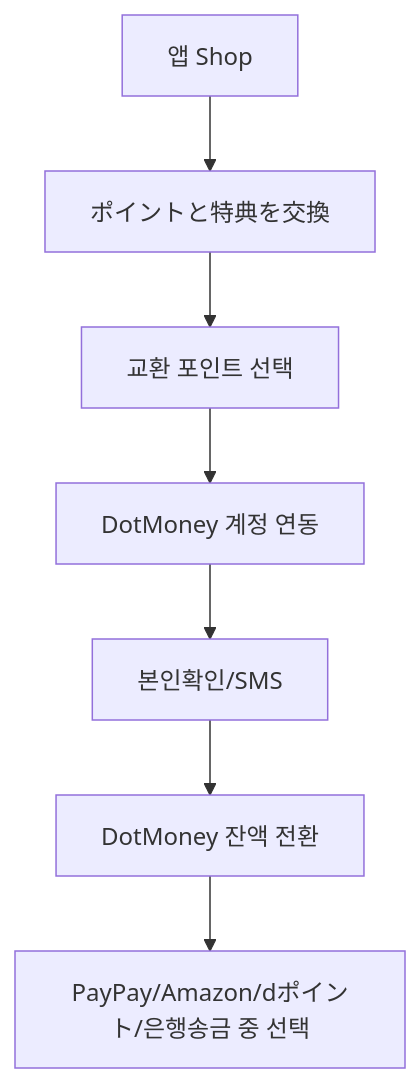
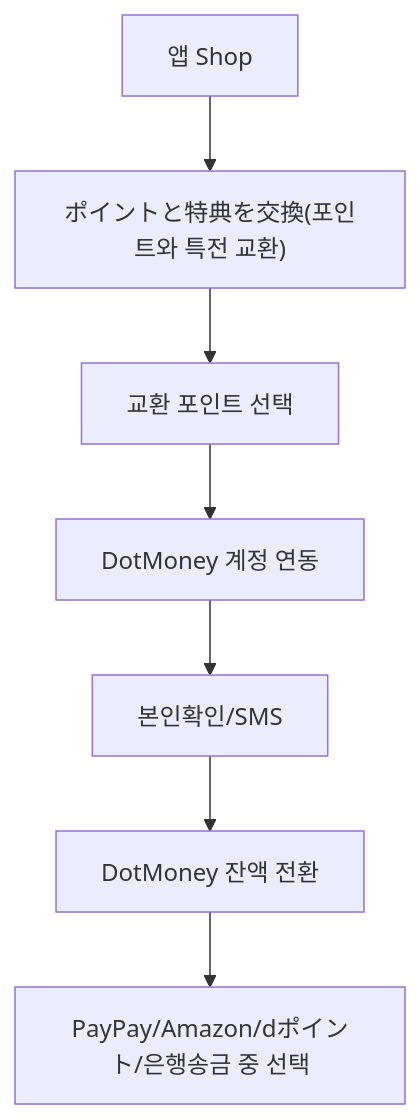
Before and after one commit to dongwonlee222/golden-goose-report: the second of 11 diagrams in reports/japan-apptech-reward-bank-benchmark-report.md, drawn with Mermaid. The commit also changed other lines of this file and 1 other file, not shown here.

````diff
--- a/reports/japan-apptech-reward-bank-benchmark-report.md
+++ b/reports/japan-apptech-reward-bank-benchmark-report.md
@@ -103,9 +103,9 @@
 ```mermaid
 flowchart TD
-  A["앱 Shop"] --> B["ポイントと特典を交換"]
+  A["앱 Shop"] --> B["ポイントと特典を交換(포인트와 특전 교환)"]
   B --> C["교환 포인트 선택"]
   C --> D["DotMoney 계정 연동"]
   D --> E["본인확인/SMS"]
   E --> F["DotMoney 잔액 전환"]
   F --> G["PayPay/Amazon/dポイント/은행송금 중 선택"]
 ```
````
